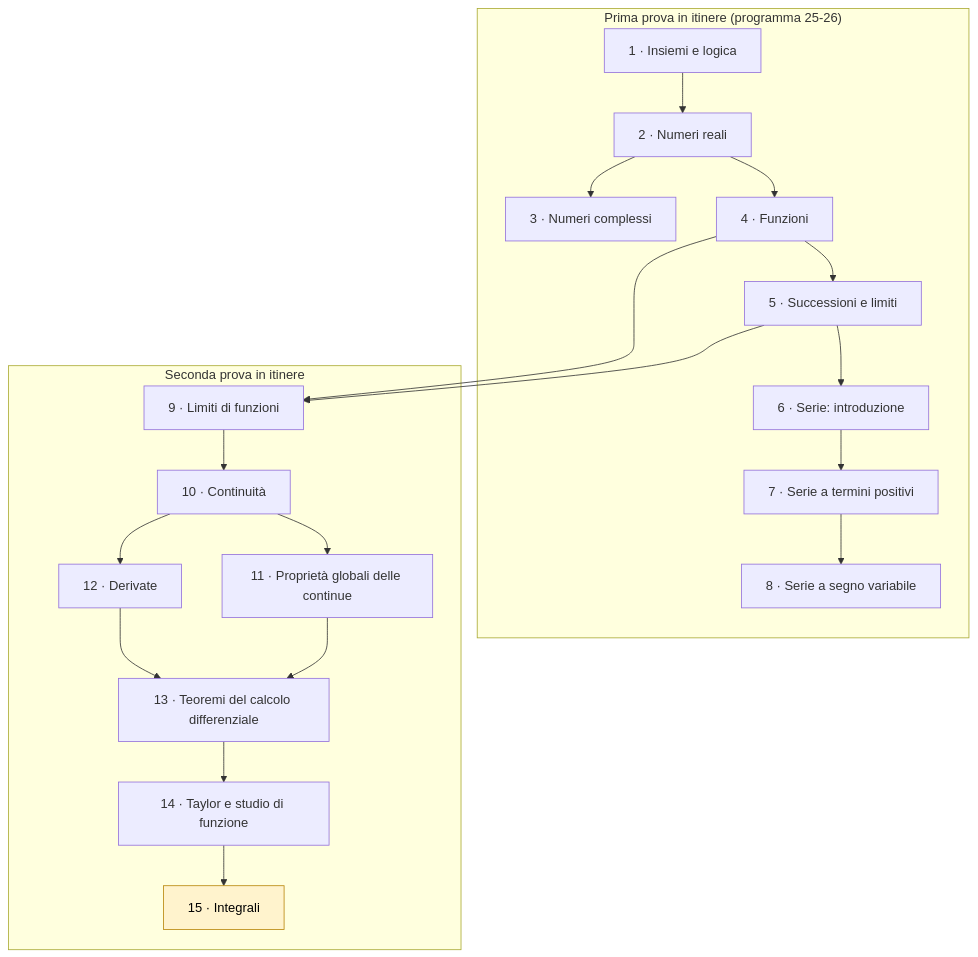
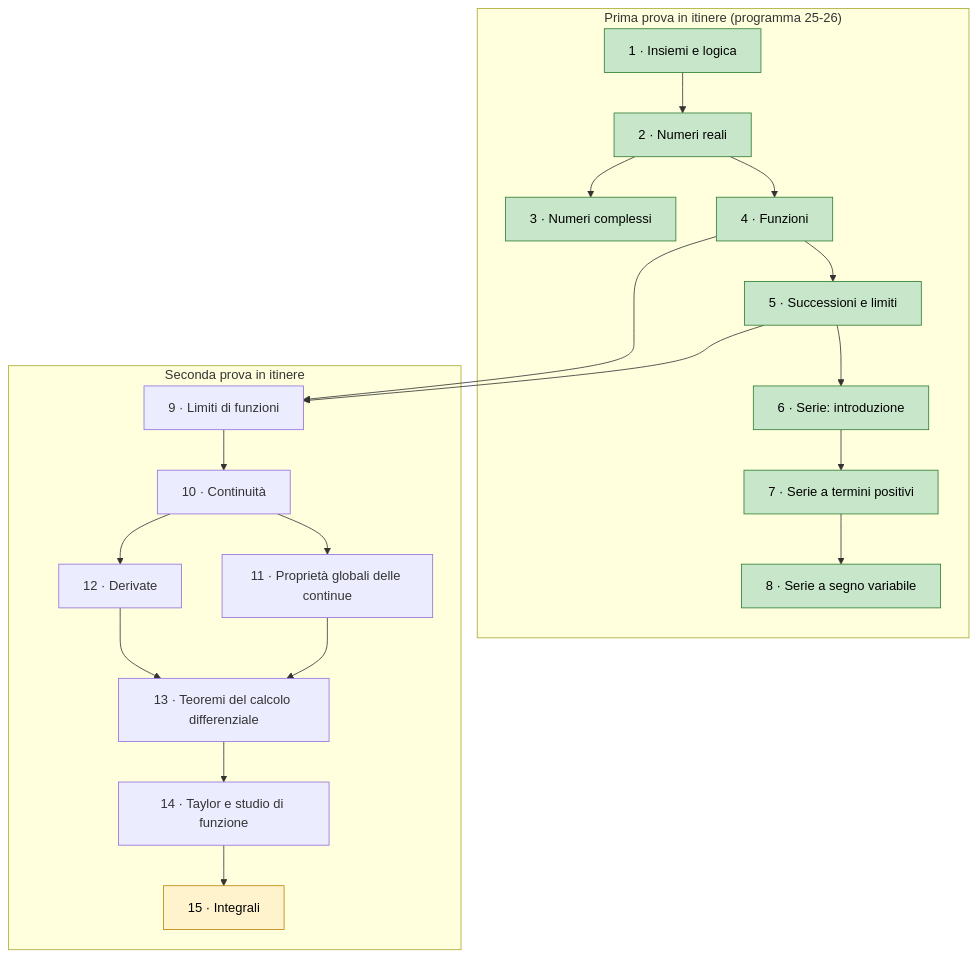
Before and after one commit to rikytomasoni-pixel/Studio: the diagram in 2026-2027/10_Analisi_1/00_MOC_Analisi_1.md, drawn with Mermaid. The commit also changed other lines of this file and 2 other files, not shown here.

````diff
--- a/2026-2027/10_Analisi_1/00_MOC_Analisi_1.md
+++ b/2026-2027/10_Analisi_1/00_MOC_Analisi_1.md
@@ -54,30 +56,31 @@
 ```mermaid
 flowchart TD
     subgraph P1["Prima prova in itinere (programma 25-26)"]
         B1["1 · Insiemi e logica"] --> B2["2 · Numeri reali"]
         B2 --> B3["3 · Numeri complessi"]
         B2 --> B4["4 · Funzioni"]
         B4 --> B5["5 · Successioni e limiti"]
         B5 --> B6["6 · Serie: introduzione"]
         B6 --> B7["7 · Serie a termini positivi"]
         B7 --> B8["8 · Serie a segno variabile"]
     end
     subgraph P2["Seconda prova in itinere"]
         B9["9 · Limiti di funzioni"] --> B10["10 · Continuità"]
         B10 --> B11["11 · Proprietà globali delle continue"]
         B10 --> B12["12 · Derivate"]
         B11 --> B13["13 · Teoremi del calcolo differenziale"]
         B12 --> B13
         B13 --> B14["14 · Taylor e studio di funzione"]
         B14 --> B15["15 · Integrali"]
     end
     B5 --> B9
     B4 --> B9
 
     classDef fatto fill:#c8e6c9,stroke:#2e7d32,color:#000
     classDef corso fill:#fff3cd,stroke:#b8860b,color:#000
     classDef futuro stroke-dasharray: 5 5
     class B15 corso
+    class B1,B2,B3,B4,B5,B6,B7,B8 fatto
     %% class B1,B2 fatto
     %% class B3 corso
 ```
````
